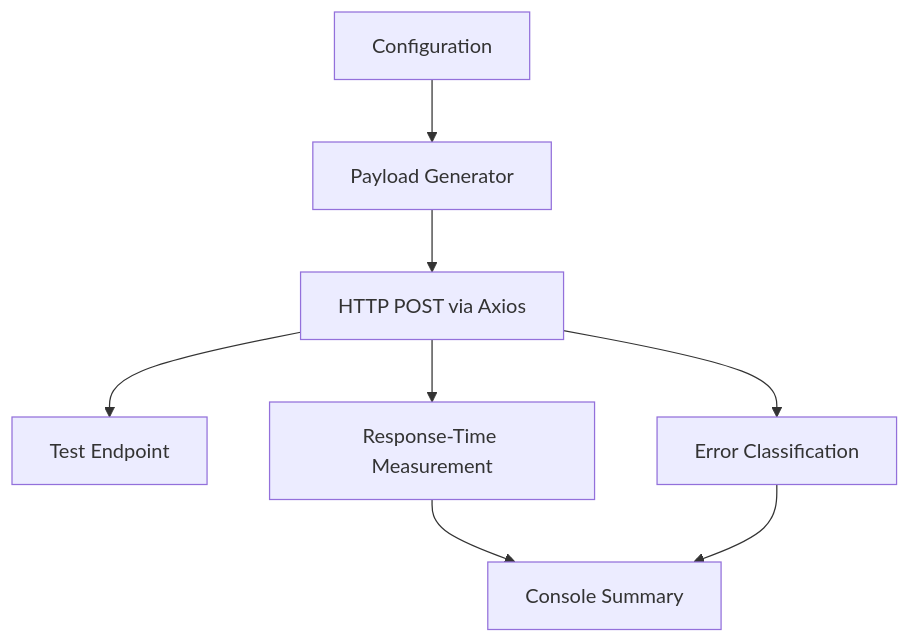
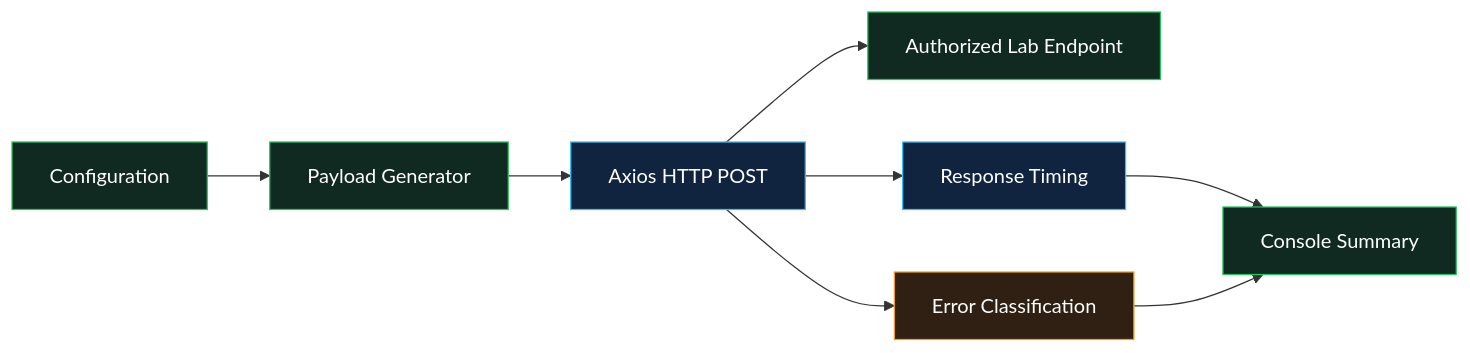
One commit to mahadevsurya14-sys/Dos-DDos- changed the diagram in README.md. Above: the diagram before and after it, drawn with Mermaid. The commit also changed other lines of this file, not shown here.

````diff
--- a/README.md
+++ b/README.md
@@ -20,10 +28,17 @@
 ```mermaid
-flowchart TD
-    A[Configuration] --> B[Payload Generator]
-    B --> C[HTTP POST via Axios]
-    C --> D[Test Endpoint]
-    C --> E[Response-Time Measurement]
-    C --> F[Error Classification]
-    E --> G[Console Summary]
+flowchart LR
+    A["Configuration"] --> B["Payload Generator"]
+    B --> C["Axios HTTP POST"]
+    C --> D["Authorized Lab Endpoint"]
+    C --> E["Response Timing"]
+    C --> F["Error Classification"]
+    E --> G["Console Summary"]
     F --> G
+    style A fill:#102a22,stroke:#22c55e,color:#ffffff
+    style B fill:#102a22,stroke:#22c55e,color:#ffffff
+    style C fill:#10233f,stroke:#38bdf8,color:#ffffff
+    style D fill:#102a22,stroke:#22c55e,color:#ffffff
+    style E fill:#10233f,stroke:#38bdf8,color:#ffffff
+    style F fill:#302014,stroke:#f59e0b,color:#ffffff
+    style G fill:#102a22,stroke:#22c55e,color:#ffffff
 ```
````
